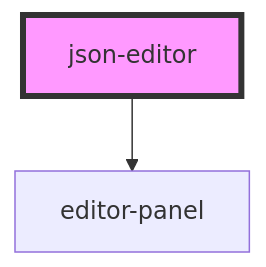
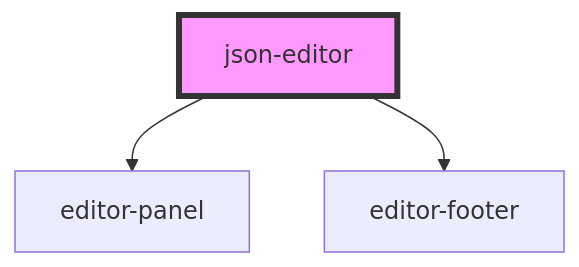
The diagram in packages/webeditors/src/components/json-editor/readme.md (DraganP1996/webeditors), drawn with Mermaid before and after one commit. The commit also changed other lines of this file and 8 other files, not shown here.

Commit message:
Introdution of editor footer

````diff
--- a/packages/webeditors/src/components/json-editor/readme.md
+++ b/packages/webeditors/src/components/json-editor/readme.md
@@ -47,5 +56,6 @@
 ```mermaid
 graph TD;
   json-editor --> editor-panel
+  json-editor --> editor-footer
   style json-editor fill:#f9f,stroke:#333,stroke-width:4px
 ```
````
